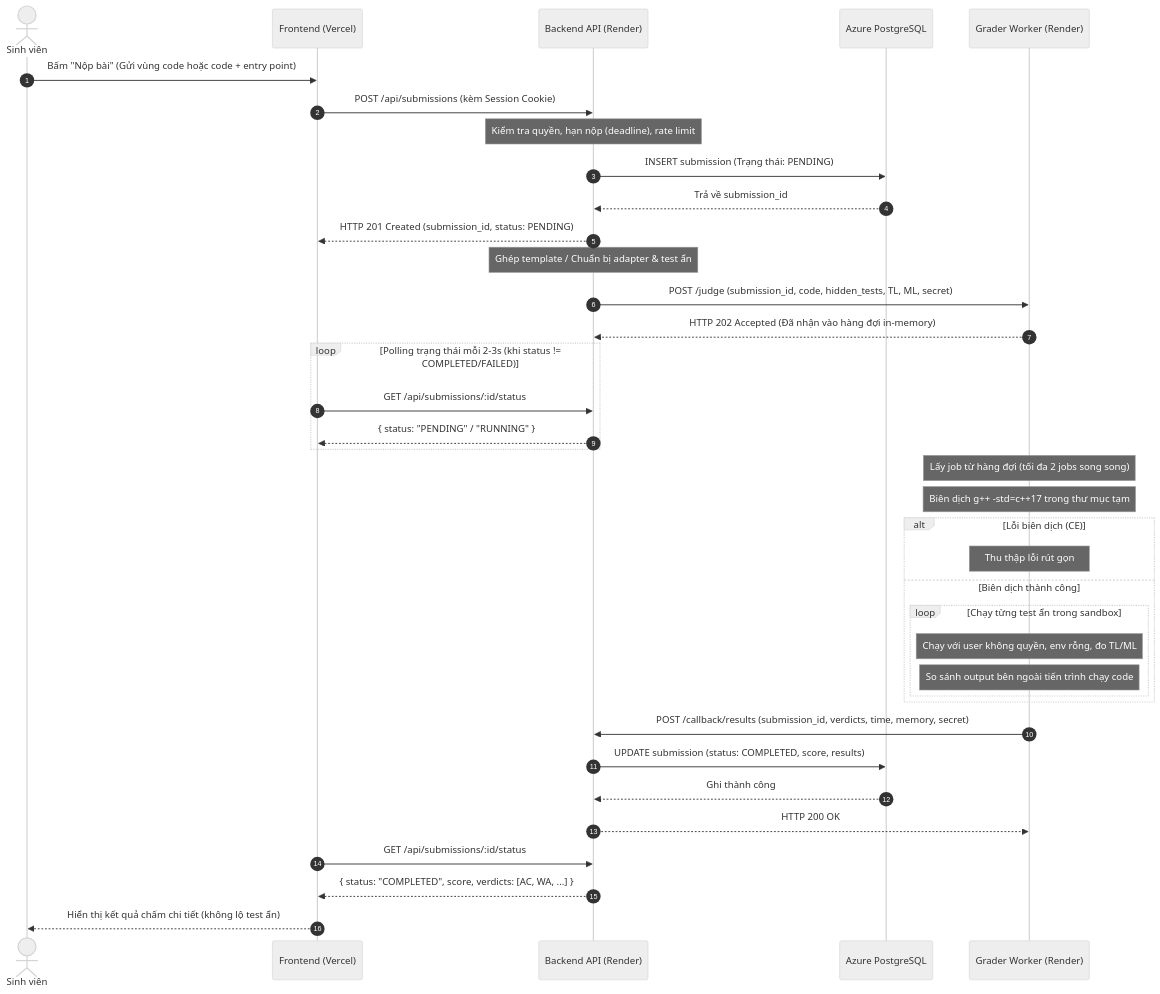
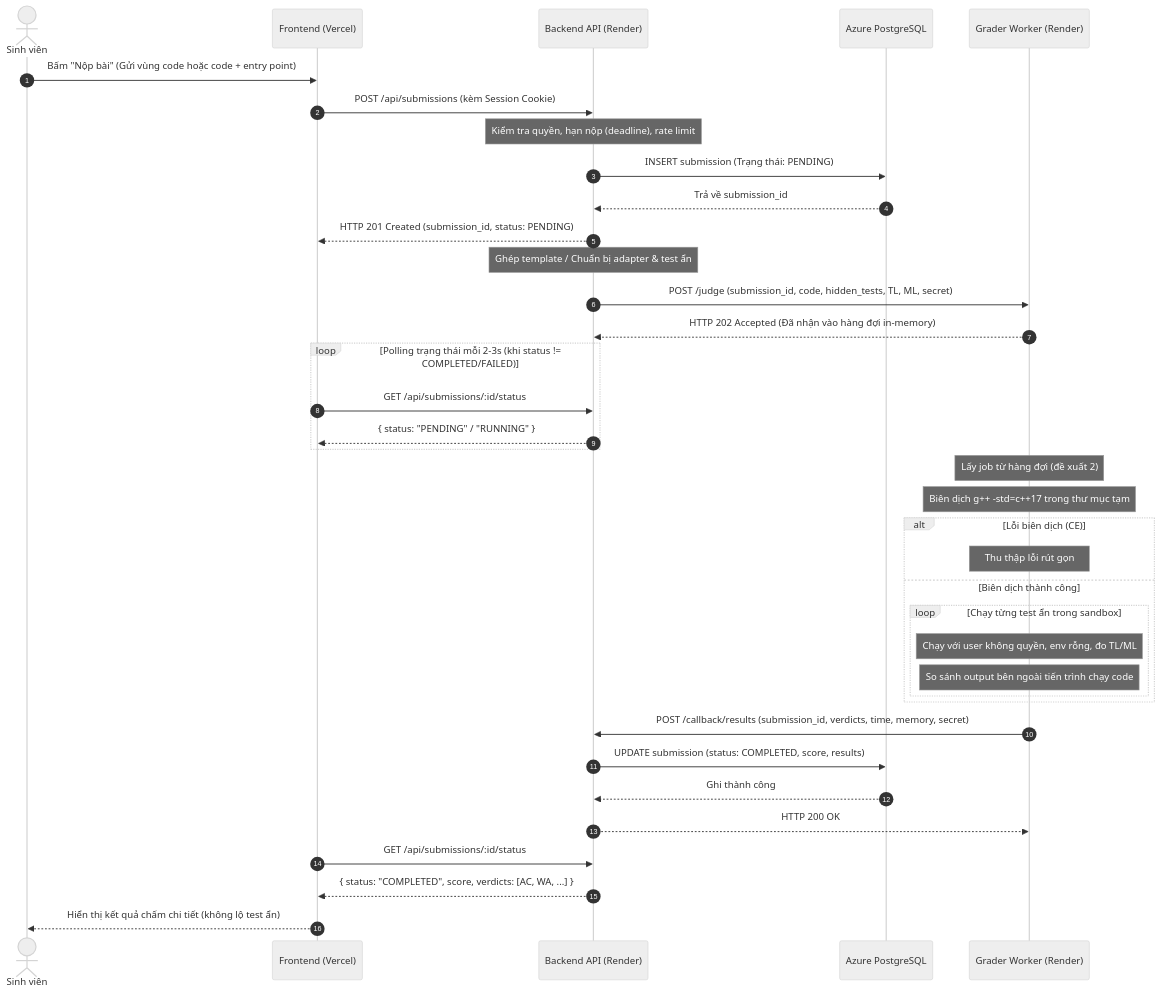
The second of 3 diagrams in docs/ARCHITECTURE.md (Hatsu-Phat/CppDSA), drawn with Mermaid (neutral theme) before and after one commit. The commit also changed other lines of this file and 6 other files, not shown here.

````diff
--- a/docs/ARCHITECTURE.md
+++ b/docs/ARCHITECTURE.md
@@ -59,45 +59,45 @@
 ```mermaid
 sequenceDiagram
     autonumber
     actor SV as Sinh viên
     participant FE as Frontend (Vercel)
     participant API as Backend API (Render)
     participant DB as Azure PostgreSQL
     participant GR as Grader Worker (Render)
 
     SV->>FE: Bấm "Nộp bài" (Gửi vùng code hoặc code + entry point)
     FE->>API: POST /api/submissions (kèm Session Cookie)
     Note over API: Kiểm tra quyền, hạn nộp (deadline), rate limit
     API->>DB: INSERT submission (Trạng thái: PENDING)
     DB-->>API: Trả về submission_id
     API-->>FE: HTTP 201 Created (submission_id, status: PENDING)
 
     Note over API: Ghép template / Chuẩn bị adapter & test ẩn
     API->>GR: POST /judge (submission_id, code, hidden_tests, TL, ML, secret)
     GR-->>API: HTTP 202 Accepted (Đã nhận vào hàng đợi in-memory)
 
     loop Polling trạng thái mỗi 2-3s (khi status != COMPLETED/FAILED)
         FE->>API: GET /api/submissions/:id/status
         API-->>FE: { status: "PENDING" / "RUNNING" }
     end
 
-    Note over GR: Lấy job từ hàng đợi (tối đa 2 jobs song song)
+    Note over GR: Lấy job từ hàng đợi (đề xuất 2)
     Note over GR: Biên dịch g++ -std=c++17 trong thư mục tạm
     alt Lỗi biên dịch (CE)
         Note over GR: Thu thập lỗi rút gọn
     else Biên dịch thành công
         loop Chạy từng test ẩn trong sandbox
             Note over GR: Chạy với user không quyền, env rỗng, đo TL/ML
             Note over GR: So sánh output bên ngoài tiến trình chạy code
         end
     end
 
     GR->>API: POST /callback/results (submission_id, verdicts, time, memory, secret)
     API->>DB: UPDATE submission (status: COMPLETED, score, results)
     DB-->>API: Ghi thành công
     API-->>GR: HTTP 200 OK
 
     FE->>API: GET /api/submissions/:id/status
     API-->>FE: { status: "COMPLETED", score, verdicts: [AC, WA, ...] }
     FE-->>SV: Hiển thị kết quả chấm chi tiết (không lộ test ẩn)
 ```
````
